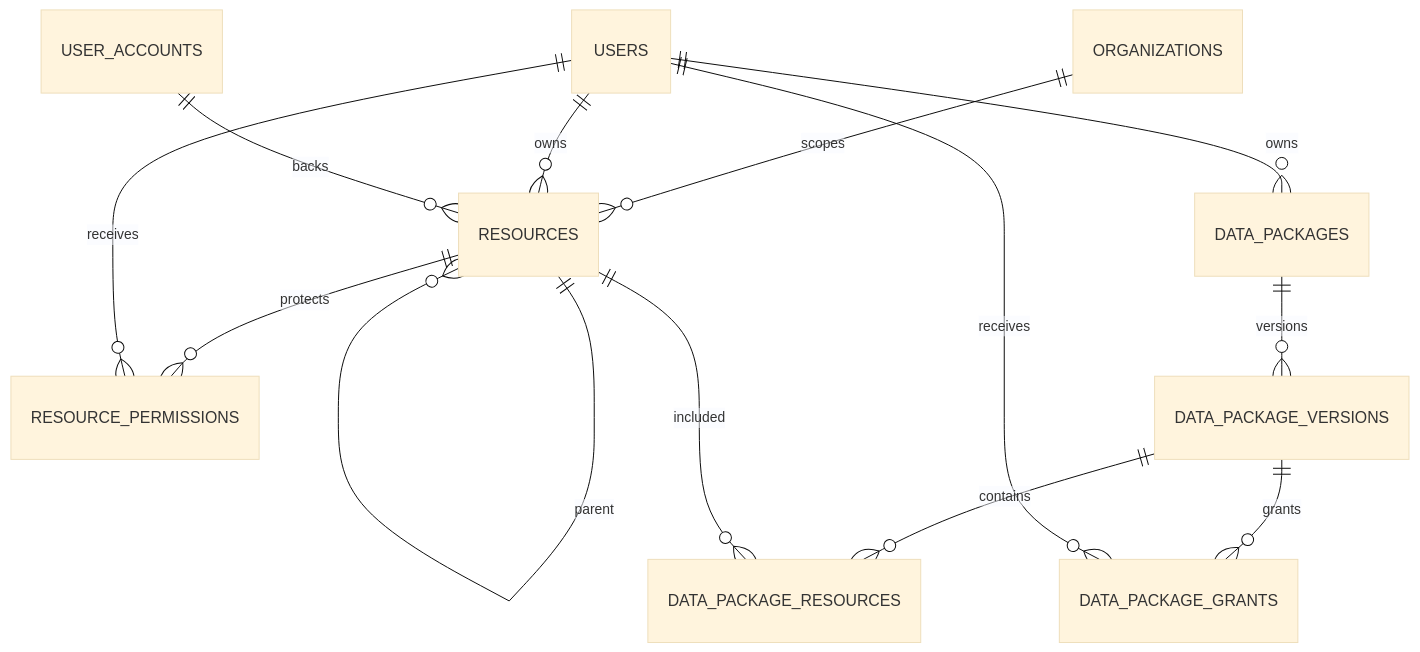
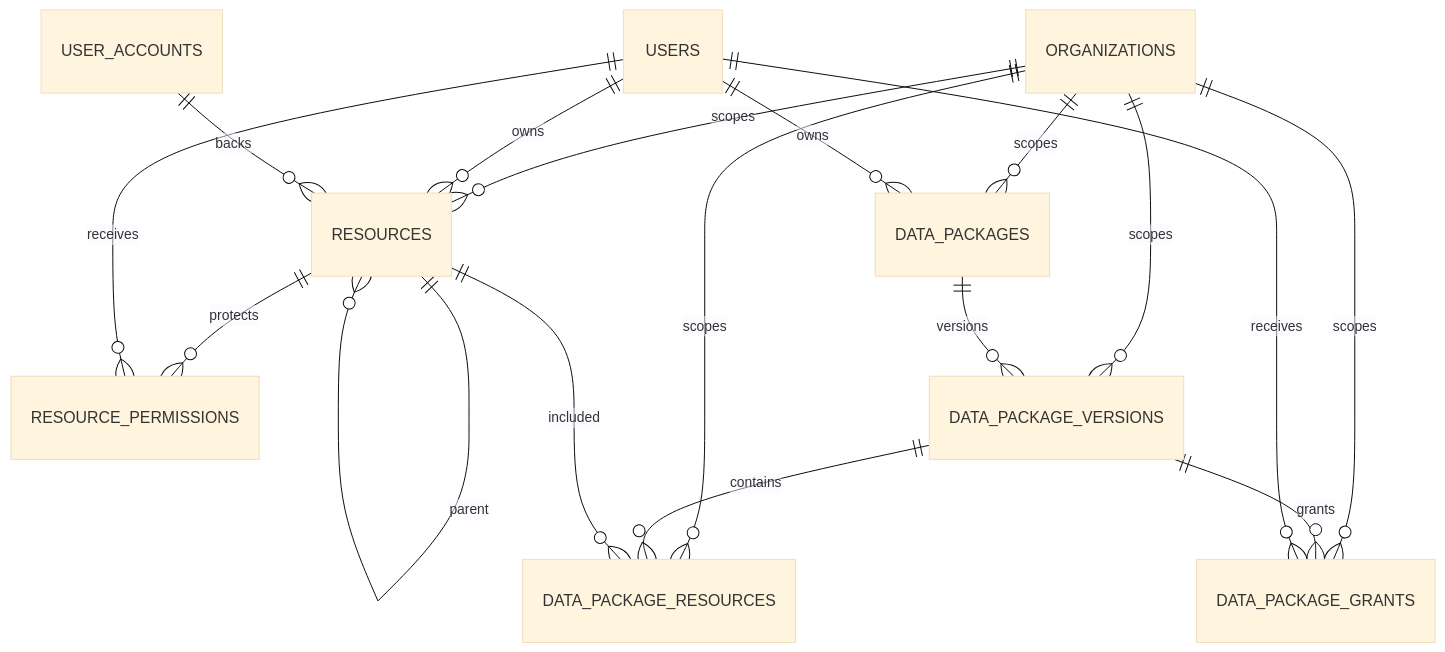
The second of 5 diagrams in docs/ERD_V2.md (ananh888846/workspace_ai_agent), drawn with Mermaid (base theme) before and after one commit. The commit also changed other lines of this file, not shown here.

Commit message:
docs: align V2.1 ERD with tenant-scoped grants and packages

````diff
--- a/docs/ERD_V2.md
+++ b/docs/ERD_V2.md
@@ -27,15 +28,19 @@
 ```mermaid
 erDiagram
     ORGANIZATIONS ||--o{ RESOURCES : scopes
     RESOURCES ||--o{ RESOURCES : parent
     USERS ||--o{ RESOURCES : owns
     USER_ACCOUNTS ||--o{ RESOURCES : backs
     RESOURCES ||--o{ RESOURCE_PERMISSIONS : protects
     USERS ||--o{ RESOURCE_PERMISSIONS : receives
+    ORGANIZATIONS ||--o{ DATA_PACKAGES : scopes
+    ORGANIZATIONS ||--o{ DATA_PACKAGE_VERSIONS : scopes
+    ORGANIZATIONS ||--o{ DATA_PACKAGE_RESOURCES : scopes
+    ORGANIZATIONS ||--o{ DATA_PACKAGE_GRANTS : scopes
     USERS ||--o{ DATA_PACKAGES : owns
     DATA_PACKAGES ||--o{ DATA_PACKAGE_VERSIONS : versions
     DATA_PACKAGE_VERSIONS ||--o{ DATA_PACKAGE_RESOURCES : contains
     RESOURCES ||--o{ DATA_PACKAGE_RESOURCES : included
     DATA_PACKAGE_VERSIONS ||--o{ DATA_PACKAGE_GRANTS : grants
     USERS ||--o{ DATA_PACKAGE_GRANTS : receives
 ```
````
